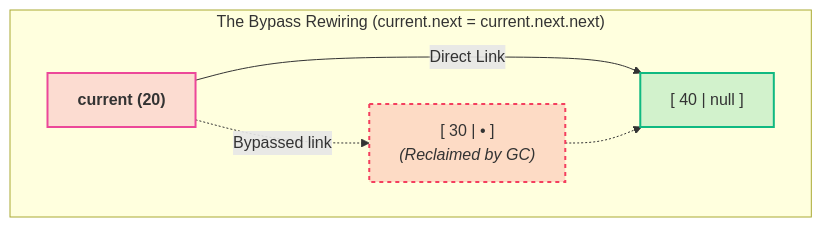
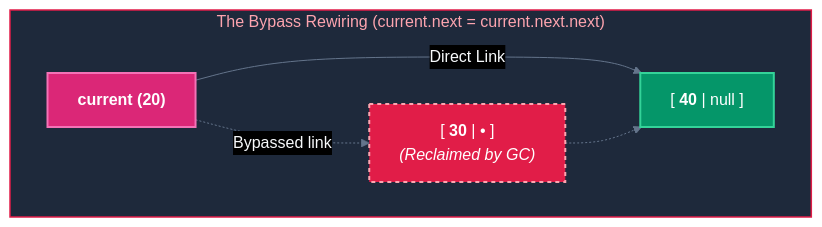
Before and after one commit to abhinavbharti2345/CS_Notes: the tenth of 11 diagrams in CS/DSA/03. Linked Lists/01. Linked List Fundamentals.md, drawn with Mermaid. The commit also changed other lines of this file and 195 other files, not shown here.

````diff
--- a/CS/DSA/03. Linked Lists/01. Linked List Fundamentals.md
+++ b/CS/DSA/03. Linked Lists/01. Linked List Fundamentals.md
@@ -361,16 +389,19 @@
 ```mermaid
+%%{init: {'theme': 'base', 'themeVariables': { 'darkMode': true, 'background': '#0B0F14', 'mainBkg': '#111827', 'primaryColor': '#111827', 'primaryTextColor': '#F8FAFC', 'primaryBorderColor': '#38BDF8', 'lineColor': '#64748B', 'secondaryColor': '#0B0F14', 'tertiaryColor': '#0B0F14', 'clusterBkg': '#0B0F14', 'clusterBorder': '#38BDF8' }}}%%
 flowchart TD
     subgraph DelBypass ["The Bypass Rewiring (current.next = current.next.next)"]
         direction LR
-        CUR["<b>current (20)</b>"] -->|Direct Link| N40["[ 40 | null ]"]
-        CUR -.->|Bypassed link| N30["[ 30 | • ]<br/><i>(Reclaimed by GC)</i>"]
+        CUR["<b>current (20)</b>"] -->|Direct Link| N40["[ <b>40</b> | null ]"]
+        CUR -.->|Bypassed link| N30["[ <b>30</b> | • ]<br/><i>(Reclaimed by GC)</i>"]
         N30 -.-> N40
     end
 
-    classDef cur fill:#ec489930,stroke:#ec4899,stroke-width:2px;
-    classDef target fill:#f43f5e30,stroke:#f43f5e,stroke-width:2px,stroke-dasharray:4 4;
-    classDef dest fill:#10b98130,stroke:#10b981,stroke-width:2px;
+    style DelBypass fill:#1e293b,stroke:#e11d48,stroke-width:1.5px,color:#fda4af
+
+    classDef cur fill:#db2777,stroke:#f472b6,stroke-width:2px,color:#ffffff;
+    classDef target fill:#e11d48,stroke:#fda4af,stroke-width:2px,stroke-dasharray:4 4,color:#ffffff;
+    classDef dest fill:#059669,stroke:#34d399,stroke-width:2px,color:#ffffff;
     class CUR cur;
     class N30 target;
     class N40 dest;
 ```
````
